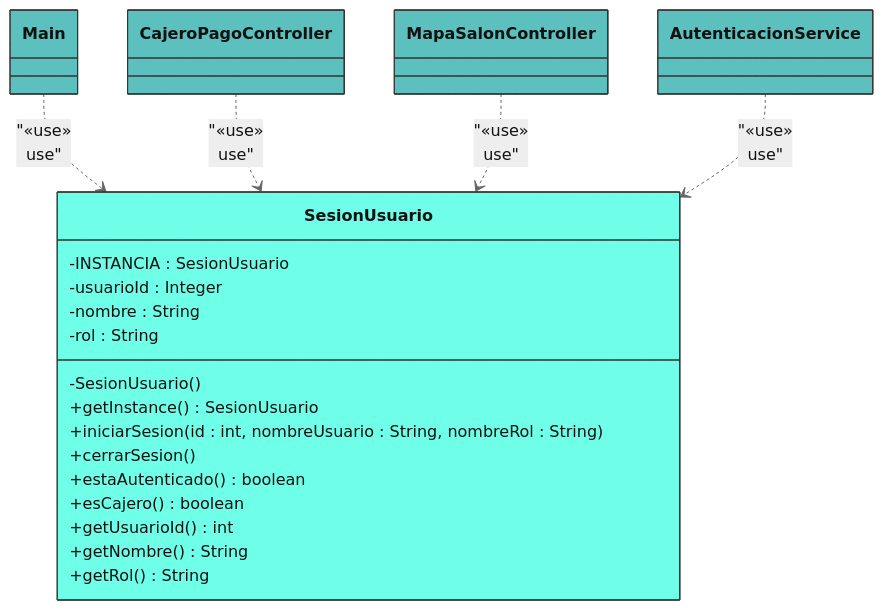
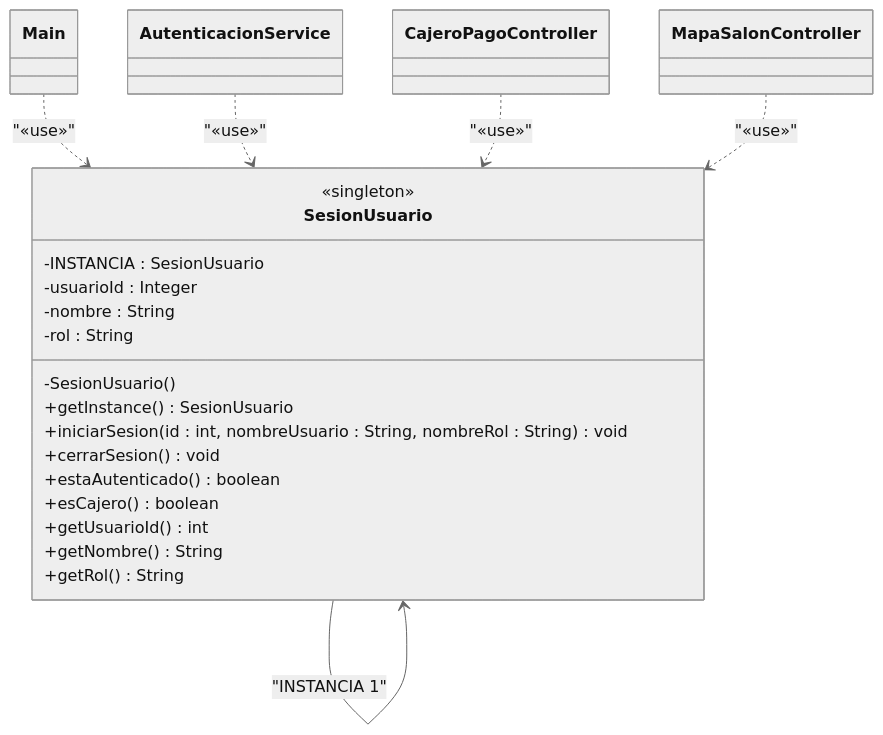
One commit to puj-course/FIS_2630_1204_G2 changed the diagram in docs/diagrama clases con patron singleton.md. Above: the diagram before and after it, drawn with Mermaid (neutral theme).

Commit message:
Modificar diagrama de clases de patrón singleton (#292)

````diff
--- a/docs/diagrama clases con patron singleton.md
+++ b/docs/diagrama clases con patron singleton.md
@@ -1,37 +1,34 @@
 ```mermaid
 classDiagram
     direction TD
 
     class Main
+    class AutenticacionService
     class CajeroPagoController
     class MapaSalonController
-    class AutenticacionService
 
     class SesionUsuario {
+        <<singleton>>
         -INSTANCIA : SesionUsuario
         -usuarioId : Integer
         -nombre : String
         -rol : String
         -SesionUsuario()
         +getInstance() SesionUsuario
-        +iniciarSesion(id : int, nombreUsuario : String, nombreRol : String)
-        +cerrarSesion()
+        +iniciarSesion(id : int, nombreUsuario : String, nombreRol : String) void
+        +cerrarSesion() void
         +estaAutenticado() boolean
         +esCajero() boolean
         +getUsuarioId() int
         +getNombre() String
         +getRol() String
     }
 
-    Main ..> SesionUsuario : "«use»<br>use"
-    CajeroPagoController ..> SesionUsuario : "«use»<br>use"
-    MapaSalonController ..> SesionUsuario : "«use»<br>use"
-    AutenticacionService ..> SesionUsuario : "«use»<br>use"
-
-    %% Estilos visuales personalizados
-    style Main fill:#5bc0be,stroke:#333,stroke-width:1px
-    style CajeroPagoController fill:#5bc0be,stroke:#333,stroke-width:1px
-    style MapaSalonController fill:#5bc0be,stroke:#333,stroke-width:1px
-    style AutenticacionService fill:#5bc0be,stroke:#333,stroke-width:1px
-    style SesionUsuario fill:#6fffe9,stroke:#333,stroke-width:1px
+    Main ..> SesionUsuario : "«use»"
+    AutenticacionService ..> SesionUsuario : "«use»"
+    CajeroPagoController ..> SesionUsuario : "«use»"
+    MapaSalonController ..> SesionUsuario : "«use»"
+    
+    %% Relación recursiva (bucle)
+    SesionUsuario --> SesionUsuario : "INSTANCIA 1"
 ```
````
